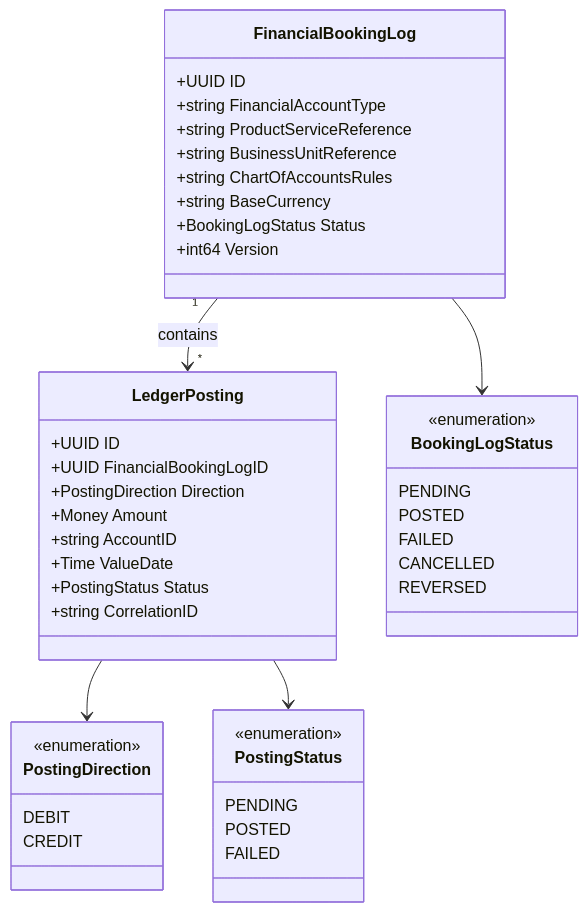
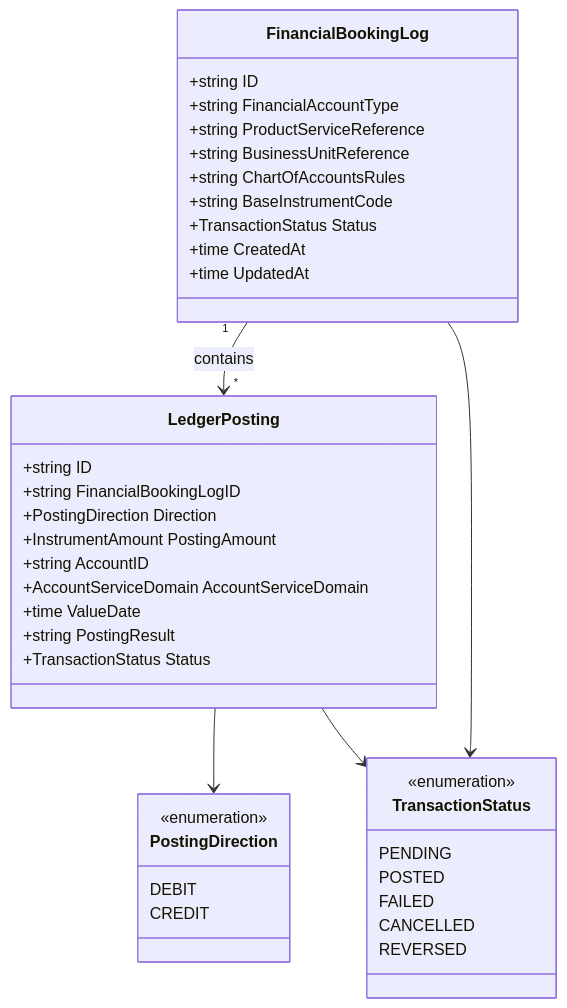
The diagram in services/financial-accounting/README.md (meridianhub/meridian), drawn with Mermaid before and after one commit. The commit also changed other lines of this file and 2 other files, not shown here.

First line of the commit message:
docs: Backfill Core Ledger service READMEs (#2202)

````diff
--- a/services/financial-accounting/README.md
+++ b/services/financial-accounting/README.md
@@ -64,51 +68,46 @@
 ```mermaid
 classDiagram
     class FinancialBookingLog {
-        +UUID ID
+        +string ID
         +string FinancialAccountType
         +string ProductServiceReference
         +string BusinessUnitReference
         +string ChartOfAccountsRules
-        +string BaseCurrency
-        +BookingLogStatus Status
-        +int64 Version
+        +string BaseInstrumentCode
+        +TransactionStatus Status
+        +time CreatedAt
+        +time UpdatedAt
     }
 
     class LedgerPosting {
-        +UUID ID
-        +UUID FinancialBookingLogID
+        +string ID
+        +string FinancialBookingLogID
         +PostingDirection Direction
-        +Money Amount
+        +InstrumentAmount PostingAmount
         +string AccountID
-        +Time ValueDate
-        +PostingStatus Status
-        +string CorrelationID
+        +AccountServiceDomain AccountServiceDomain
+        +time ValueDate
+        +string PostingResult
+        +TransactionStatus Status
     }
 
-    class BookingLogStatus {
+    class TransactionStatus {
         <<enumeration>>
         PENDING
         POSTED
         FAILED
         CANCELLED
         REVERSED
     }
 
     class PostingDirection {
         <<enumeration>>
         DEBIT
         CREDIT
     }
 
-    class PostingStatus {
-        <<enumeration>>
-        PENDING
-        POSTED
-        FAILED
-    }
-
     FinancialBookingLog "1" --> "*" LedgerPosting : contains
-    FinancialBookingLog --> BookingLogStatus
+    FinancialBookingLog --> TransactionStatus
     LedgerPosting --> PostingDirection
-    LedgerPosting --> PostingStatus
+    LedgerPosting --> TransactionStatus
 ```
````
